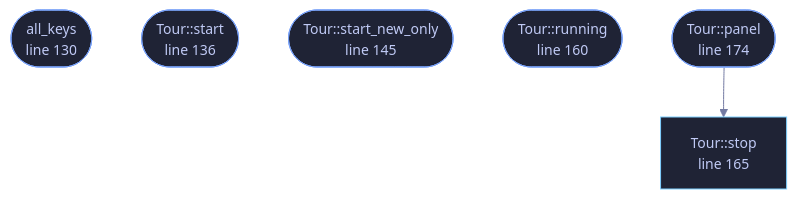
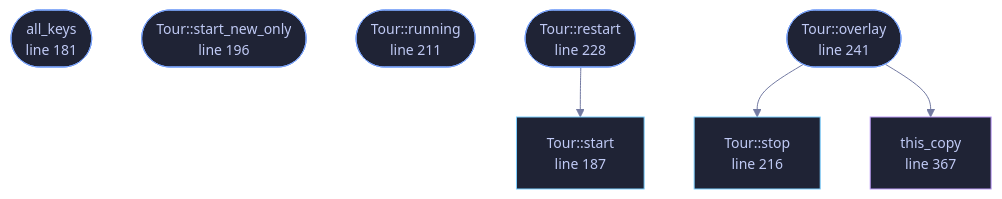
Before and after one commit to tilas01/veilvoice: the diagram in docs/files/veilvoice-gui/tour.md, drawn with Mermaid. The commit also changed other lines of this file and 34 other files, not shown here.

````diff
--- a/docs/files/veilvoice-gui/tour.md
+++ b/docs/files/veilvoice-gui/tour.md
@@ -95,21 +131,29 @@
 ```mermaid
 %%{init: {"theme":"base","themeVariables":{"background":"#1a1b26","primaryColor":"#1f2335","primaryTextColor":"#c0caf5","primaryBorderColor":"#7aa2f7","secondaryColor":"#16161e","tertiaryColor":"#16161e","lineColor":"#737aa2","textColor":"#c0caf5","mainBkg":"#1f2335","nodeBorder":"#7aa2f7","clusterBkg":"#16161e","clusterBorder":"#2f3549","fontFamily":"ui-monospace, SFMono-Regular, Consolas, monospace","fontSize":"14px"}}}%%
 flowchart TD
-    n_all_keys(["all_keys<br/>line 130"])
-    n_start(["Tour::start<br/>line 136"])
-    n_start_new_only(["Tour::start_new_only<br/>line 145"])
-    n_running(["Tour::running<br/>line 160"])
-    n_stop["Tour::stop<br/>line 165"]
-    n_panel(["Tour::panel<br/>line 174"])
-    n_panel --> n_stop
-    click n_all_keys href "https://github.com/tilas01/veilvoice/blob/main/crates/veilvoice-gui/src/tour.rs#L130" "open the source"
-    click n_start href "https://github.com/tilas01/veilvoice/blob/main/crates/veilvoice-gui/src/tour.rs#L136" "open the source"
-    click n_start_new_only href "https://github.com/tilas01/veilvoice/blob/main/crates/veilvoice-gui/src/tour.rs#L145" "open the source"
-    click n_running href "https://github.com/tilas01/veilvoice/blob/main/crates/veilvoice-gui/src/tour.rs#L160" "open the source"
-    click n_stop href "https://github.com/tilas01/veilvoice/blob/main/crates/veilvoice-gui/src/tour.rs#L165" "open the source"
-    click n_panel href "https://github.com/tilas01/veilvoice/blob/main/crates/veilvoice-gui/src/tour.rs#L174" "open the source"
+    n_all_keys(["all_keys<br/>line 181"])
+    n_start["Tour::start<br/>line 187"]
+    n_start_new_only(["Tour::start_new_only<br/>line 196"])
+    n_running(["Tour::running<br/>line 211"])
+    n_stop["Tour::stop<br/>line 216"]
+    n_restart(["Tour::restart<br/>line 228"])
+    n_overlay(["Tour::overlay<br/>line 241"])
+    n_this_copy["this_copy<br/>line 367"]
+    n_overlay --> n_stop
+    n_overlay --> n_this_copy
+    n_restart --> n_start
+    click n_all_keys href "https://github.com/tilas01/veilvoice/blob/main/crates/veilvoice-gui/src/tour.rs#L181" "open the source"
+    click n_start href "https://github.com/tilas01/veilvoice/blob/main/crates/veilvoice-gui/src/tour.rs#L187" "open the source"
+    click n_start_new_only href "https://github.com/tilas01/veilvoice/blob/main/crates/veilvoice-gui/src/tour.rs#L196" "open the source"
+    click n_running href "https://github.com/tilas01/veilvoice/blob/main/crates/veilvoice-gui/src/tour.rs#L211" "open the source"
+    click n_stop href "https://github.com/tilas01/veilvoice/blob/main/crates/veilvoice-gui/src/tour.rs#L216" "open the source"
+    click n_restart href "https://github.com/tilas01/veilvoice/blob/main/crates/veilvoice-gui/src/tour.rs#L228" "open the source"
+    click n_overlay href "https://github.com/tilas01/veilvoice/blob/main/crates/veilvoice-gui/src/tour.rs#L241" "open the source"
+    click n_this_copy href "https://github.com/tilas01/veilvoice/blob/main/crates/veilvoice-gui/src/tour.rs#L367" "open the source"
     classDef entry fill:#1f2335,stroke:#7aa2f7,color:#c0caf5
-    class n_all_keys,n_start,n_start_new_only,n_running,n_panel entry
+    class n_all_keys,n_start_new_only,n_running,n_restart,n_overlay entry
     classDef api fill:#1f2335,stroke:#7dcfff,color:#c0caf5
-    class n_stop api
+    class n_start,n_stop api
+    classDef helper fill:#1f2335,stroke:#bb9af7,color:#c0caf5
+    class n_this_copy helper
 ```
````
